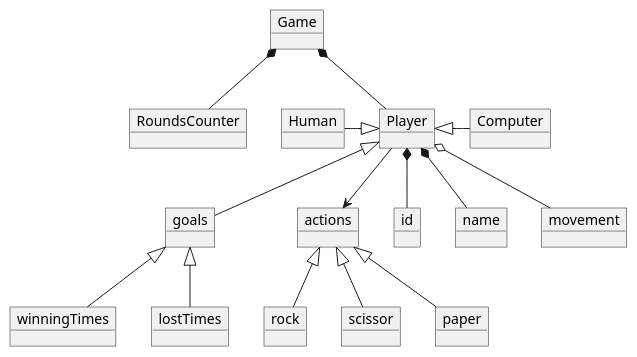
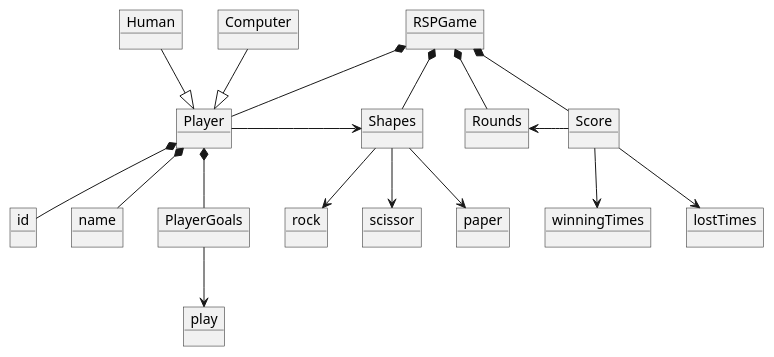
Before and after one commit to andrescordovatelus/RSPGame: the diagram in RSPGame/docs/rsp.plantuml, drawn with PlantUML. The commit also changed 1 other file, not shown here.

```diff
--- a/RSPGame/docs/rsp.plantuml
+++ b/RSPGame/docs/rsp.plantuml
@@ -1,35 +1,45 @@
 @startuml RockScissorPaper
 
-object Game
-    object RoundsCounter
+object RSPGame
     object Player
         object id
         object name
-        object movement
-        object goals
-            object winningTimes
-            object lostTimes
+        object PlayerGoals
+            object play
+            
     object Human
     object Computer
-    object actions
+
+    object Shapes
         object rock
         object scissor
         object paper
+    object Score
+        object winningTimes
+        object lostTimes
+    object Rounds
 
-Game *-- Player
-Game *-- RoundsCounter
+    RSPGame *-- Player
+    RSPGame *-- Rounds
+    RSPGame *-- Shapes
+    RSPGame *-- Score
 
-Player *-- id
-Player *-- name
-Player o-- movement
-Human -right-|> Player
-Computer -left-|> Player
-actions <-up- Player
-goals -up-|> Player
-rock -up-|> actions
-scissor -up-|> actions
-paper -up-|> actions
-winningTimes -up-|> goals
-lostTimes -up-|> goals
+    Player *-- id
+    Player *-- name
+    Player *-- PlayerGoals
+    Player -right-> Shapes
 
+    PlayerGoals --> play
+
+    Human -down-|> Player
+    Computer -down-|> Player
+
+    Shapes --> rock
+    Shapes --> paper
+    Shapes --> scissor
+
+    Score --> winningTimes
+    Score --> lostTimes
+
+    Score -left-> Rounds
 @enduml
```
